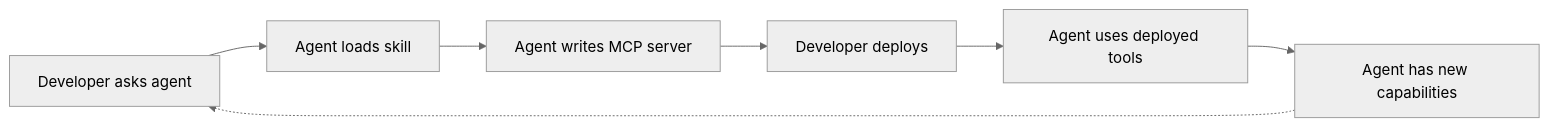
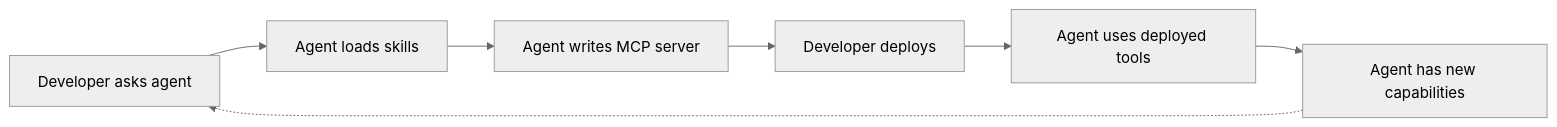
Before and after one commit to rrbanda/mcp-dev-workshop: the diagram in content/modules/ROOT/pages/08-module-06-use.adoc, drawn with Mermaid (neutral theme). The commit also changed other lines of this file and 32 other files, not shown here.

```diff
--- a/content/modules/ROOT/pages/08-module-06-use.adoc
+++ b/content/modules/ROOT/pages/08-module-06-use.adoc
@@ -95,10 +105,10 @@
 [mermaid]
 ....
 flowchart LR
-    A["Developer asks agent"] --> B["Agent loads skill"]
+    A["Developer asks agent"] --> B["Agent loads skills"]
     B --> C["Agent writes MCP server"]
     C --> D["Developer deploys"]
     D --> E["Agent uses deployed tools"]
     E --> F["Agent has new capabilities"]
     F -.-> A
 ....
```
